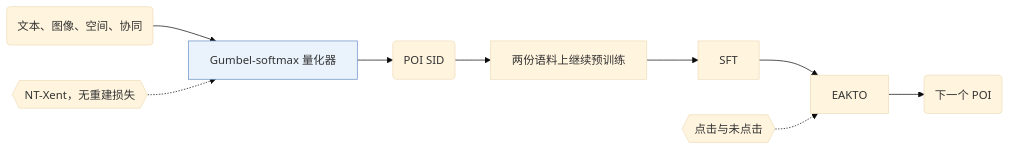
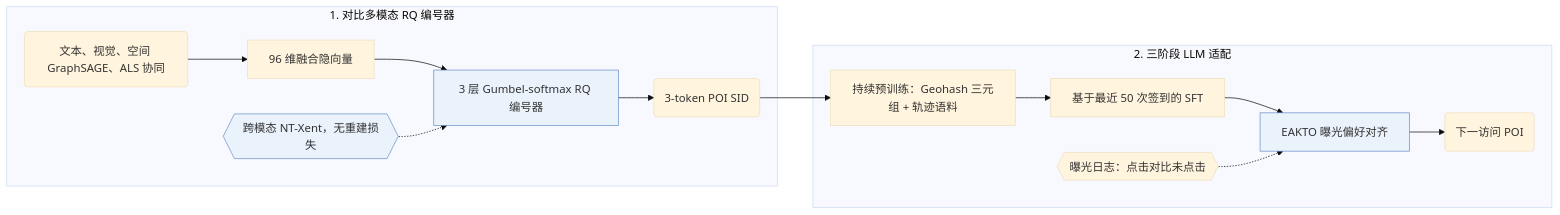
The diagram in notes/zh/gwhere.md (Galaxy-ghost/Awesome-SID-Generative-Rec), drawn with Mermaid (base theme) before and after one commit. The commit also changed other lines of this file and 649 other files, not shown here.

Commit message:
writer-05: also tags and modality index (schema, check, build, visuals); summary field removed; calibration data for 12 papers

````diff
--- a/notes/zh/gwhere.md
+++ b/notes/zh/gwhere.md
@@ -13,12 +14,17 @@
 ```mermaid
 flowchart LR
-    A("文本、图像、空间、协同") --> B["Gumbel-softmax 量化器"]:::key
-    L1{{"NT-Xent，无重建损失"}} -.-> B
-    B --> C("POI SID")
-    C --> D["两份语料上继续预训练"]
-    D --> E["SFT"]
-    E --> F["EAKTO"]
-    L2{{"点击与未点击"}} -.-> F
-    F --> G("下一个 POI")
+    subgraph Tok["1. 对比多模态 RQ 编号器"]
+        A("文本、视觉、空间 GraphSAGE、ALS 协同") --> B["96 维融合隐向量"]
+        B --> C["3 层 Gumbel-softmax RQ 编号器"]:::key
+        L1{{"跨模态 NT-Xent，无重建损失"}}:::key -.-> C
+        C --> D("3-token POI SID")
+    end
+    subgraph Gen["2. 三阶段 LLM 适配"]
+        D --> E["持续预训练：Geohash 三元组 + 轨迹语料"]
+        E --> F["基于最近 50 次签到的 SFT"]
+        F --> G["EAKTO 曝光偏好对齐"]:::key
+        L2{{"曝光日志：点击对比未点击"}} -.-> G
+        G --> H("下一访问 POI")
+    end
     classDef key fill:#eaf2fb,stroke:#6b8fc7
 ```
````
